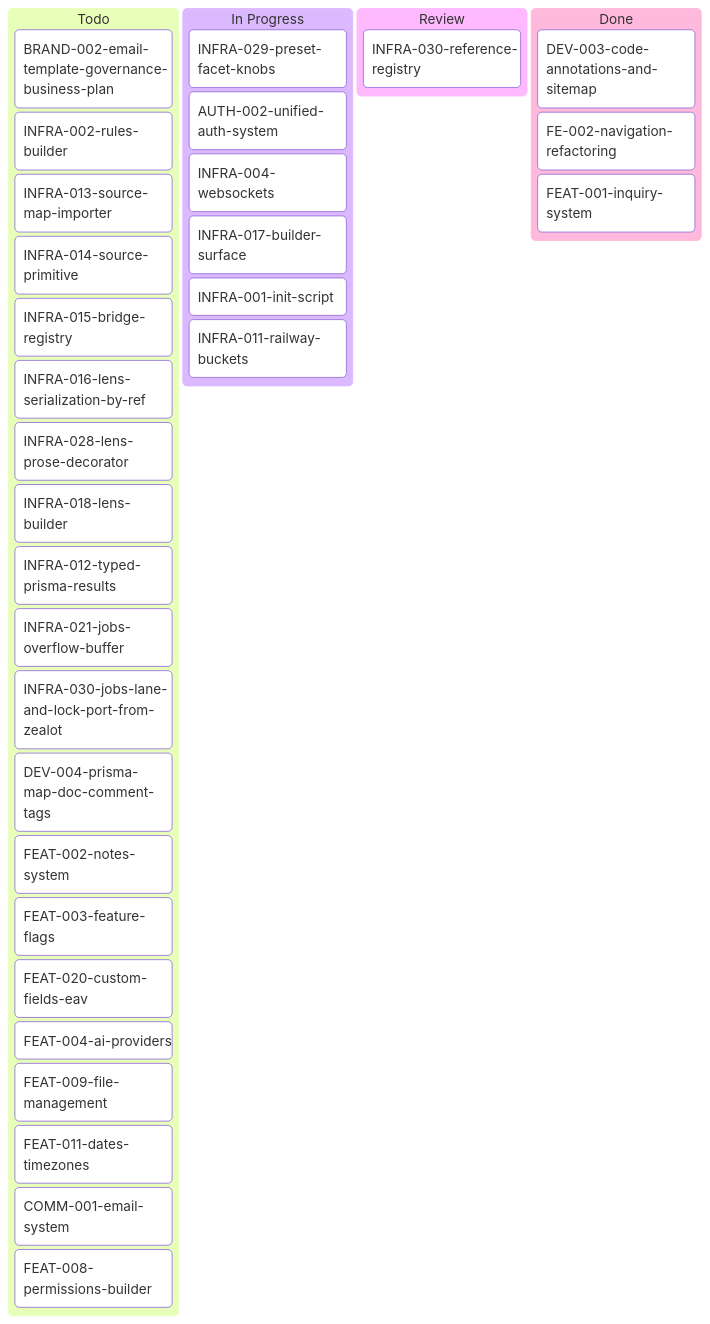
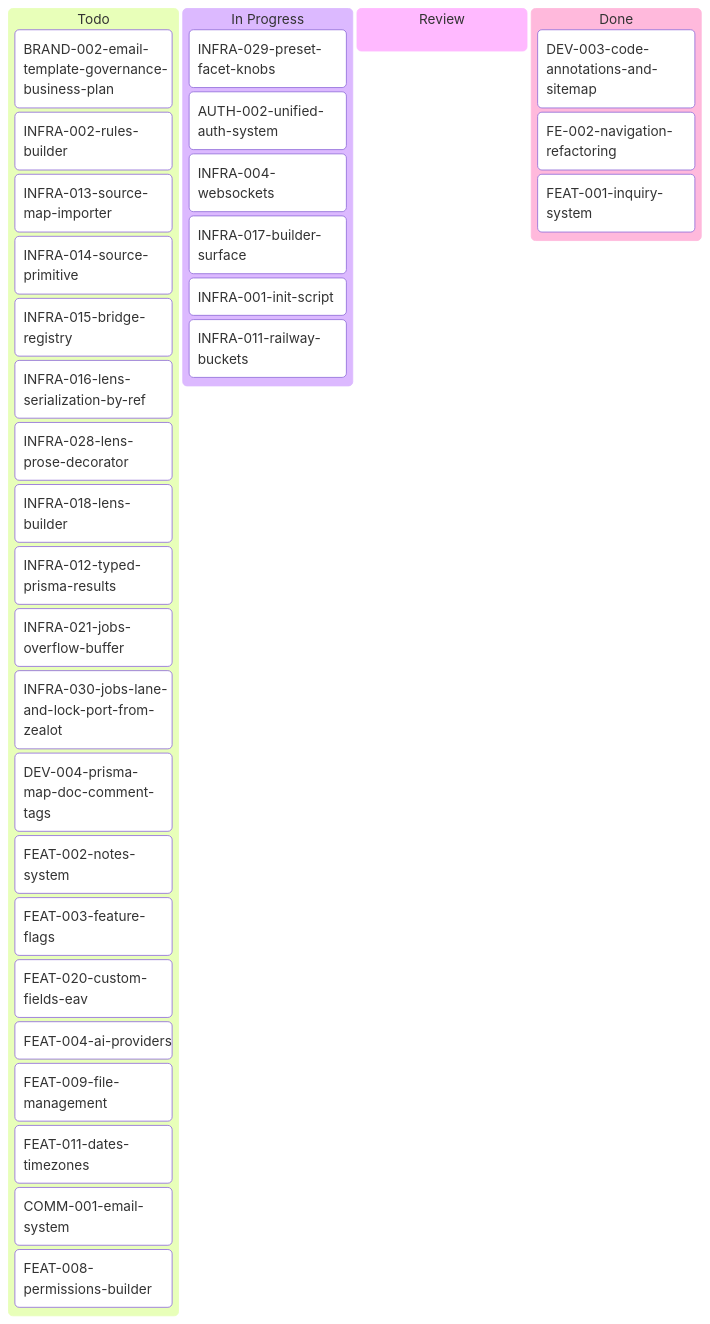
One commit to inixiative/template changed the diagram in tickets/kanban-aron.md. Above: the diagram before and after it, drawn with Mermaid. The commit also changed other lines of this file and 34 other files, not shown here.

````diff
--- a/tickets/kanban-aron.md
+++ b/tickets/kanban-aron.md
@@ -3,42 +3,41 @@
 ```mermaid
 ---
 config:
   kanban:
     ticketBaseUrl: 'https://github.com/yourorg/template/blob/main/tickets/#TICKET#'
 ---
 kanban
   Todo
     BRAND-002-email-template-governance-business-plan
     INFRA-002-rules-builder
     INFRA-013-source-map-importer
     INFRA-014-source-primitive
     INFRA-015-bridge-registry
     INFRA-016-lens-serialization-by-ref
     INFRA-028-lens-prose-decorator
     INFRA-018-lens-builder
     INFRA-012-typed-prisma-results
     INFRA-021-jobs-overflow-buffer
     INFRA-030-jobs-lane-and-lock-port-from-zealot
     DEV-004-prisma-map-doc-comment-tags
     FEAT-002-notes-system
     FEAT-003-feature-flags
     FEAT-020-custom-fields-eav
     FEAT-004-ai-providers
     FEAT-009-file-management
     FEAT-011-dates-timezones
     COMM-001-email-system
     FEAT-008-permissions-builder
   In Progress
     INFRA-029-preset-facet-knobs
     AUTH-002-unified-auth-system
     INFRA-004-websockets
     INFRA-017-builder-surface
     INFRA-001-init-script
     INFRA-011-railway-buckets
   Review
-    INFRA-030-reference-registry
   Done
     DEV-003-code-annotations-and-sitemap
     FE-002-navigation-refactoring
     FEAT-001-inquiry-system
 ```
````
